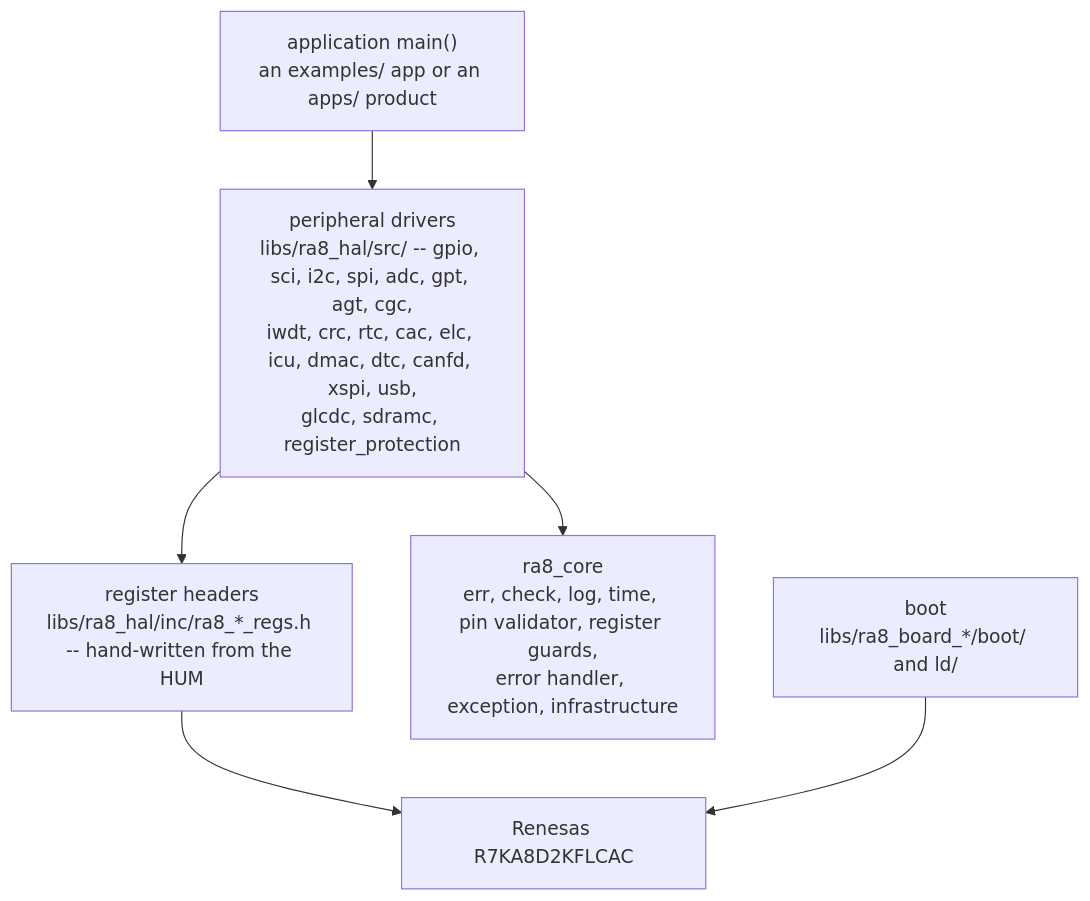
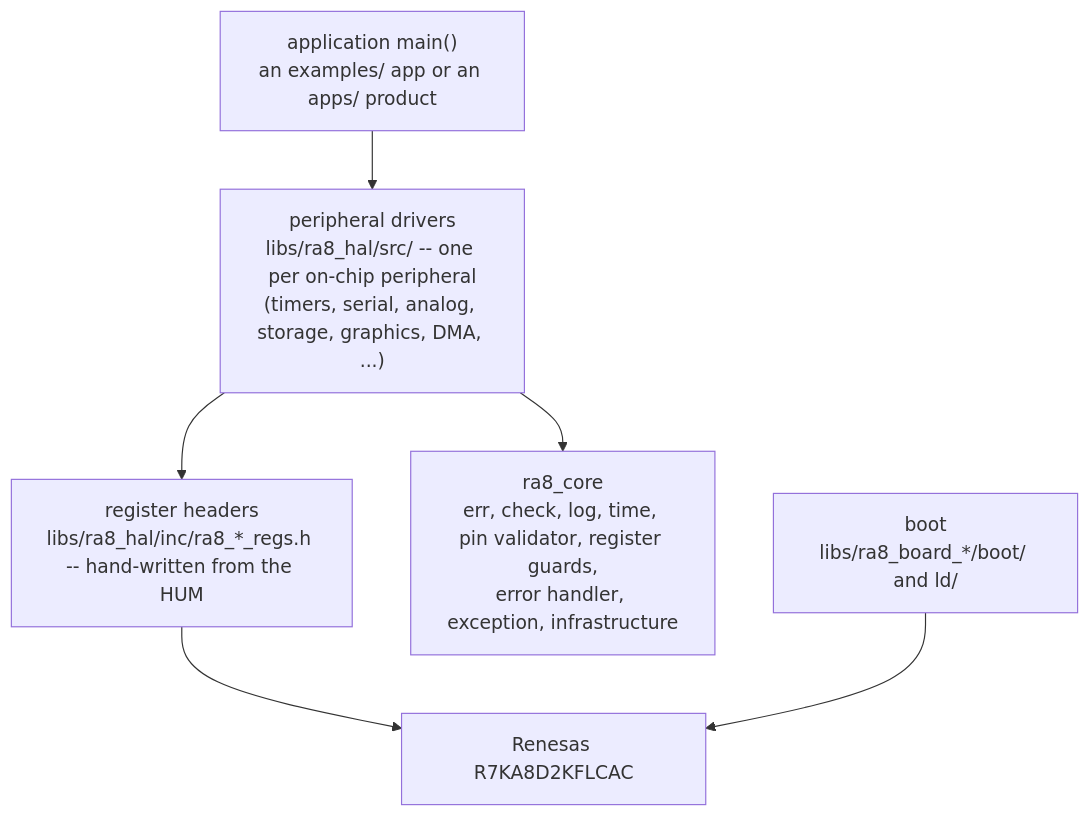
The first of 2 diagrams in docs/ARCHITECTURE.md (bsikar/ra8-firmware), drawn with Mermaid before and after one commit. The commit also changed 1 other file, not shown here.

Commit message:
docs: drop the last two inventories that rot by omission
The layer diagram named twenty-odd drivers inside a mermaid node, so it
went stale the moment a peripheral was added and nothing could notice. It
now names the categories; `ls libs/ra8_hal/src/` is the list.

ROADMAP.md's tail carried three hand-typed status blocks below the
machine-managed summary: a dated snapshot of gate results and test counts,
a USB capability matrix, and a hardware-blocked list. All three had already
drifted -- the matrix still called classes TODO that are now validated on
the bench, and pointed at example paths that no longer exist. They are
replaced by a short statement of where each of those answers actually lives:
the generated driver status page, the tier an app's directory sits in with
its own hil.conf as the assertion, and the issue tracker.

The summary block and every `###` driver section are untouched;
roadmap_stats.py --check reports the same counts before and after.

````diff
--- a/docs/ARCHITECTURE.md
+++ b/docs/ARCHITECTURE.md
@@ -7,15 +7,15 @@
 ```mermaid
 graph TD
     APP["application main()<br/>an examples/ app or an apps/ product"]
-    DRV["peripheral drivers<br/>libs/ra8_hal/src/ -- gpio, sci, i2c, spi, adc, gpt, agt, cgc,<br/>iwdt, crc, rtc, cac, elc, icu, dmac, dtc, canfd, xspi, usb,<br/>glcdc, sdramc, register_protection"]
+    DRV["peripheral drivers<br/>libs/ra8_hal/src/ -- one per on-chip peripheral<br/>(timers, serial, analog, storage, graphics, DMA, ...)"]
     REG["register headers<br/>libs/ra8_hal/inc/ra8_*_regs.h -- hand-written from the HUM"]
     CORE["ra8_core<br/>err, check, log, time, pin validator, register guards,<br/>error handler, exception, infrastructure"]
     BOOT["boot<br/>libs/ra8_board_*/boot/ and ld/"]
     HW["Renesas R7KA8D2KFLCAC"]
 
     APP --> DRV
     DRV --> REG
     DRV --> CORE
     REG --> HW
     BOOT --> HW
 ```
````
